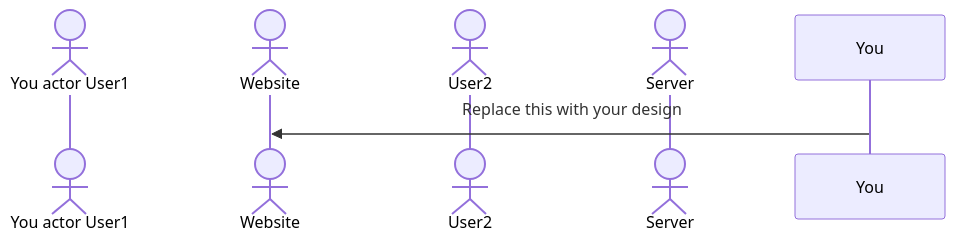
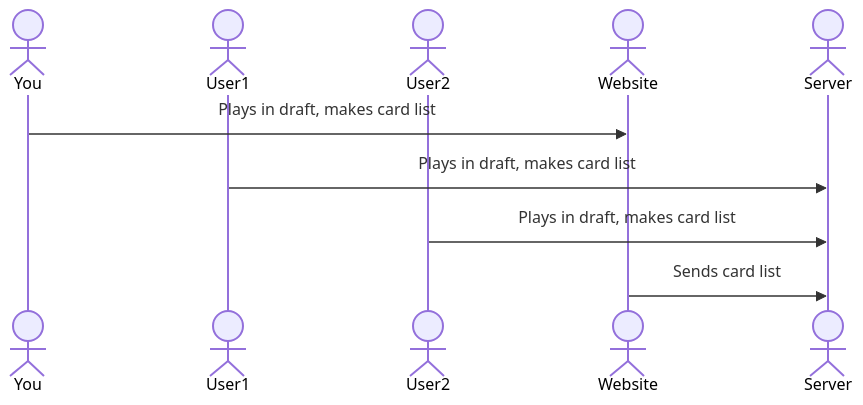
Before and after one commit to N3ptune/startup: the diagram in README.md, drawn with Mermaid.

Commit message:
Create labeled paths for actors

````diff
--- a/README.md
+++ b/README.md
@@ -33,8 +33,12 @@
 ```mermaid
 sequenceDiagram
-    actor You actor User1
+    actor You 
+    actor User1
+    actor User2
     actor Website
-    actor User2
     actor Server
-    You->>Website: Replace this with your design
+    You->>Website: Plays in draft, makes card list
+    User1->>Server: Plays in draft, makes card list
+    User2->>Server: Plays in draft, makes card list
+    Website->>Server:Sends card list
 ```
````
